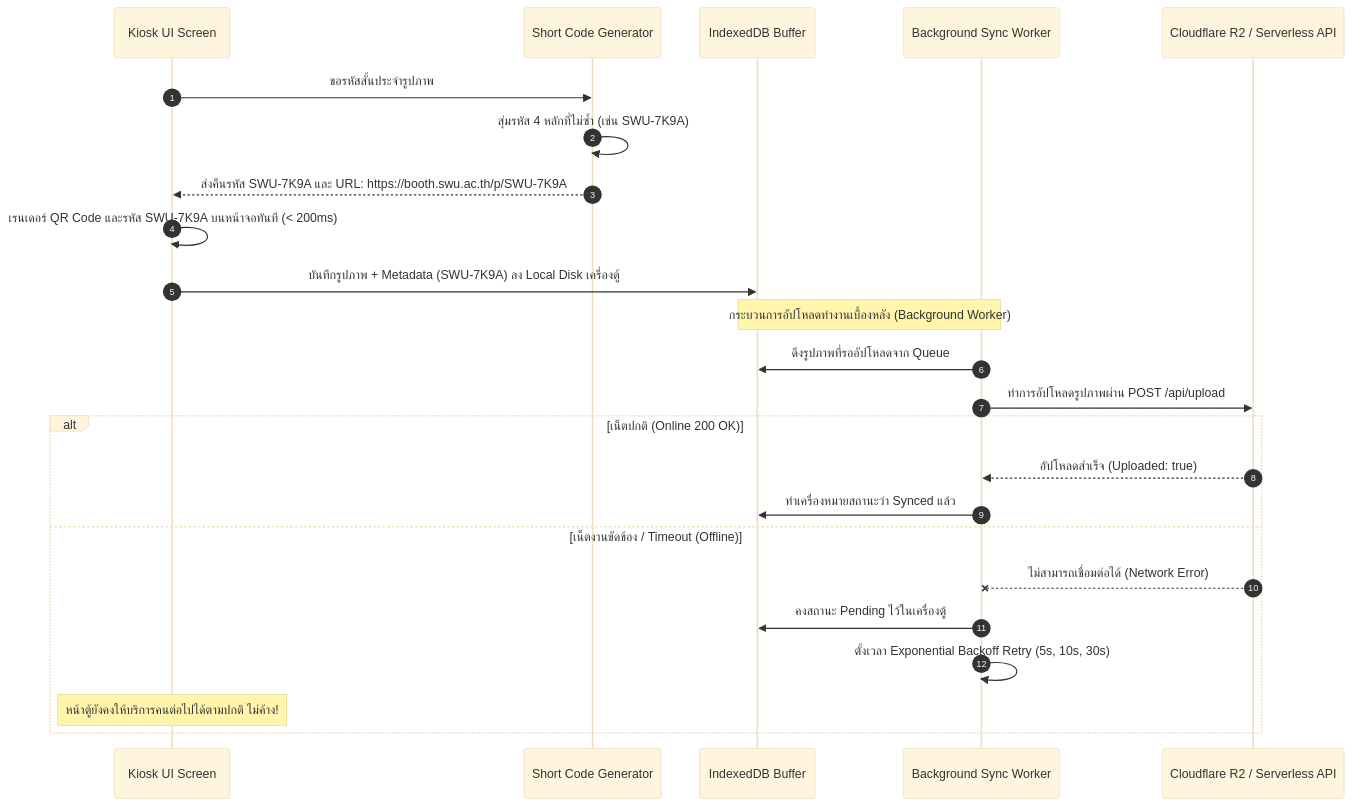
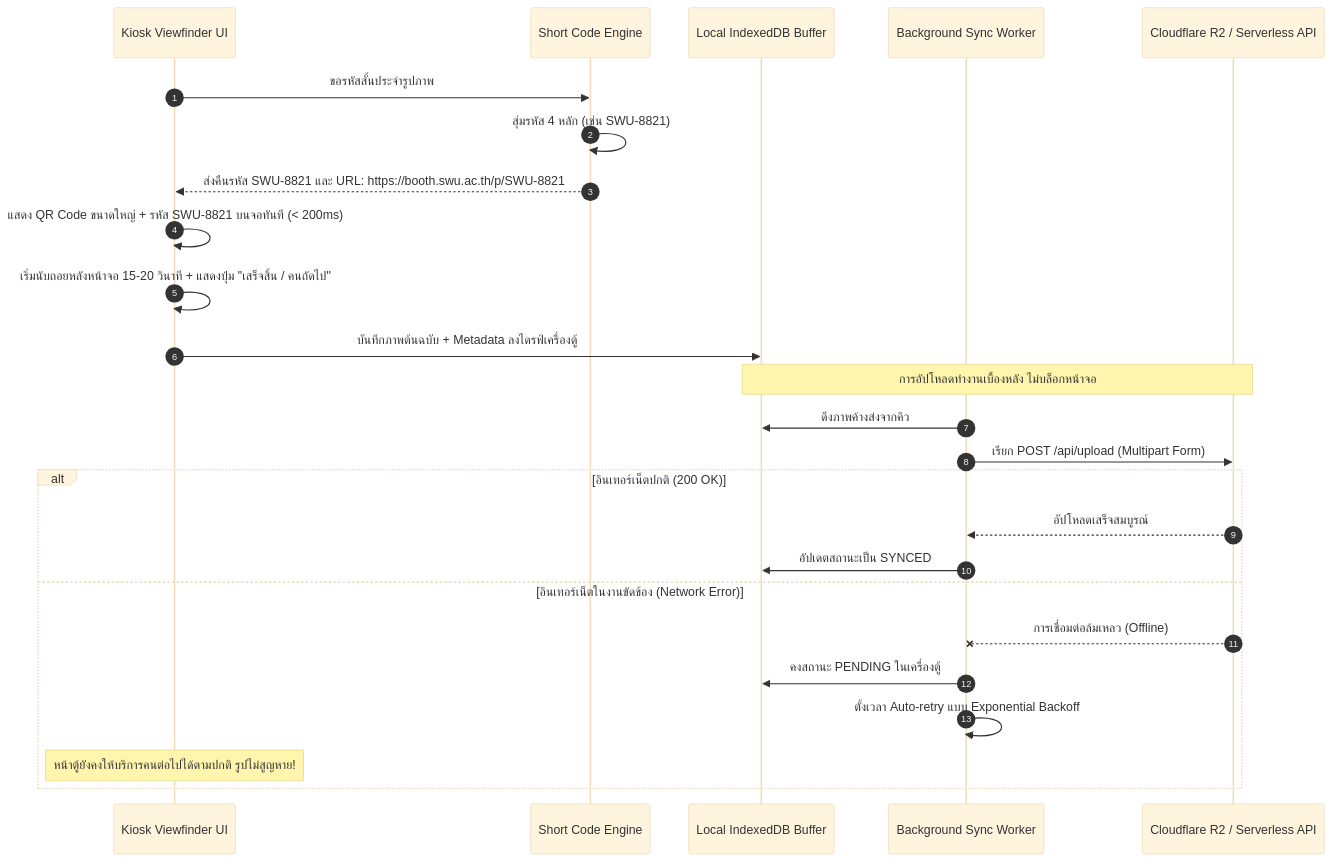
Before and after one commit to icelandz9/swu-openhouse: the ninth of 12 diagrams in ducument-sathit/task01/system-architecture-and-sequence-flow.md, drawn with Mermaid (base theme). The commit also changed other lines of this file and 1 other file, not shown here.

Commit message:
docs: finalize pure Photo Booth System Architecture and Sequence Flows based on grill-me locks

````diff
--- a/ducument-sathit/task01/system-architecture-and-sequence-flow.md
+++ b/ducument-sathit/task01/system-architecture-and-sequence-flow.md
@@ -342,30 +316,31 @@
 ```mermaid
 sequenceDiagram
     autonumber
-    participant UI as Kiosk UI Screen
-    participant CodeGen as Short Code Generator
-    participant OfflineQueue as IndexedDB Buffer
+    participant UI as Kiosk Viewfinder UI
+    participant CodeEngine as Short Code Engine
+    participant LocalDB as Local IndexedDB Buffer
     participant SyncWorker as Background Sync Worker
     participant CloudAPI as Cloudflare R2 / Serverless API
 
-    UI->>CodeGen: ขอรหัสสั้นประจำรูปภาพ
-    CodeGen->>CodeGen: สุ่มรหัส 4 หลักที่ไม่ซ้ำ (เช่น SWU-7K9A)
-    CodeGen-->>UI: ส่งคืนรหัส SWU-7K9A และ URL: https://booth.swu.ac.th/p/SWU-7K9A
-    
-    UI->>UI: เรนเดอร์ QR Code และรหัส SWU-7K9A บนหน้าจอทันที (< 200ms)
-    UI->>OfflineQueue: บันทึกรูปภาพ + Metadata (SWU-7K9A) ลง Local Disk เครื่องตู้
+    UI->>CodeEngine: ขอรหัสสั้นประจำรูปภาพ
+    CodeEngine->>CodeEngine: สุ่มรหัส 4 หลัก (เช่น SWU-8821)
+    CodeEngine-->>UI: ส่งคืนรหัส SWU-8821 และ URL: https://booth.swu.ac.th/p/SWU-8821
 
-    Note over OfflineQueue,SyncWorker: กระบวนการอัปโหลดทำงานเบื้องหลัง (Background Worker)
-    SyncWorker->>OfflineQueue: ดึงรูปภาพที่รออัปโหลดจาก Queue
-    SyncWorker->>CloudAPI: ทำการอัปโหลดรูปภาพผ่าน POST /api/upload
+    UI->>UI: แสดง QR Code ขนาดใหญ่ + รหัส SWU-8821 บนจอทันที (< 200ms)
+    UI->>UI: เริ่มนับถอยหลังหน้าจอ 15-20 วินาที + แสดงปุ่ม "เสร็จสิ้น / คนถัดไป"
+    UI->>LocalDB: บันทึกภาพต้นฉบับ + Metadata ลงไดรฟ์เครื่องตู้
 
-    alt เน็ตปกติ (Online 200 OK)
-        CloudAPI-->>SyncWorker: อัปโหลดสำเร็จ (Uploaded: true)
-        SyncWorker->>OfflineQueue: ทำเครื่องหมายสถานะว่า Synced แล้ว
-    else เน็ตงานขัดข้อง / Timeout (Offline)
-        CloudAPI--xSyncWorker: ไม่สามารถเชื่อมต่อได้ (Network Error)
-        SyncWorker->>OfflineQueue: คงสถานะ Pending ไว้ในเครื่องตู้
-        SyncWorker->>SyncWorker: ตั้งเวลา Exponential Backoff Retry (5s, 10s, 30s)
-        Note over UI: หน้าตู้ยังคงให้บริการคนต่อไปได้ตามปกติ ไม่ค้าง!
+    Note over LocalDB,CloudAPI: การอัปโหลดทำงานเบื้องหลัง ไม่บล็อกหน้าจอ
+    SyncWorker->>LocalDB: ดึงภาพค้างส่งจากคิว
+    SyncWorker->>CloudAPI: เรียก POST /api/upload (Multipart Form)
+
+    alt อินเทอร์เน็ตปกติ (200 OK)
+        CloudAPI-->>SyncWorker: อัปโหลดเสร็จสมบูรณ์
+        SyncWorker->>LocalDB: อัปเดตสถานะเป็น SYNCED
+    else อินเทอร์เน็ตในงานขัดข้อง (Network Error)
+        CloudAPI--xSyncWorker: การเชื่อมต่อล้มเหลว (Offline)
+        SyncWorker->>LocalDB: คงสถานะ PENDING ในเครื่องตู้
+        SyncWorker->>SyncWorker: ตั้งเวลา Auto-retry แบบ Exponential Backoff
+        Note over UI: หน้าตู้ยังคงให้บริการคนต่อไปได้ตามปกติ รูปไม่สูญหาย!
     end
 ```
````
